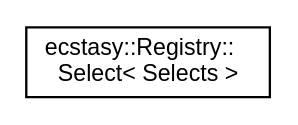
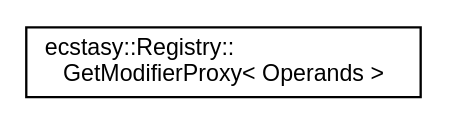
Before and after one commit to AndreasLrx/ecstasy: the diagram in inherit_graph_43.dot, drawn with Graphviz. The commit also changed 401 other files, not shown here.

```diff
--- a/inherit_graph_43.dot
+++ b/inherit_graph_43.dot
@@ -1,8 +1,8 @@
 digraph "Graphical Class Hierarchy"
 {
  // LATEX_PDF_SIZE
   edge [fontname="Helvetica",fontsize="10",labelfontname="Helvetica",labelfontsize="10"];
   node [fontname="Helvetica",fontsize="10",shape=record];
   rankdir="LR";
-  Node0 [label="ecstasy::Registry::\lSelect\< Selects \>",height=0.2,width=0.4,color="black", fillcolor="white", style="filled",URL="$classecstasy_1_1_registry_1_1_select.html",tooltip="Proxy class to use where method."];
+  Node0 [label="ecstasy::Registry::\lGetModifierProxy\< Operands \>",height=0.2,width=0.4,color="black", fillcolor="white", style="filled",URL="$structecstasy_1_1_registry_1_1_get_modifier_proxy.html",tooltip="Proxy structure to extract the operand types using template partial specialization."];
 }
```
